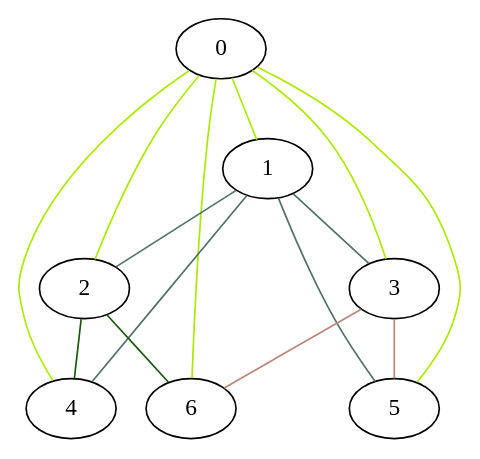
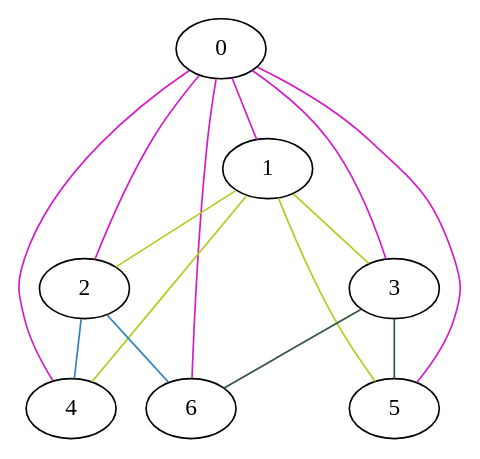
The diagram in graph.dot (homoglobina/ChinesePostmen), drawn with Graphviz before and after one commit. The commit also changed 8 other files, not shown here.

```diff
--- a/graph.dot
+++ b/graph.dot
@@ -1,16 +1,16 @@
 graph G {
-  0 -- 1 [color="#ace901"];
-  0 -- 2 [color="#ace901"];
-  0 -- 3 [color="#ace901"];
-  0 -- 4 [color="#ace901"];
-  0 -- 5 [color="#ace901"];
-  0 -- 6 [color="#ace901"];
-  1 -- 2 [color="#507066"];
-  1 -- 3 [color="#507066"];
-  1 -- 4 [color="#507066"];
-  1 -- 5 [color="#507066"];
-  2 -- 4 [color="#1a570e"];
-  2 -- 6 [color="#1a570e"];
-  3 -- 5 [color="#b9867a"];
-  3 -- 6 [color="#b9867a"];
+  0 -- 1 [color="#d51ac6"];
+  0 -- 2 [color="#d51ac6"];
+  0 -- 3 [color="#d51ac6"];
+  0 -- 4 [color="#d51ac6"];
+  0 -- 5 [color="#d51ac6"];
+  0 -- 6 [color="#d51ac6"];
+  1 -- 2 [color="#aece1c"];
+  1 -- 3 [color="#aece1c"];
+  1 -- 4 [color="#aece1c"];
+  1 -- 5 [color="#aece1c"];
+  2 -- 4 [color="#2f80bb"];
+  2 -- 6 [color="#2f80bb"];
+  3 -- 5 [color="#30543d"];
+  3 -- 6 [color="#30543d"];
 }
```
